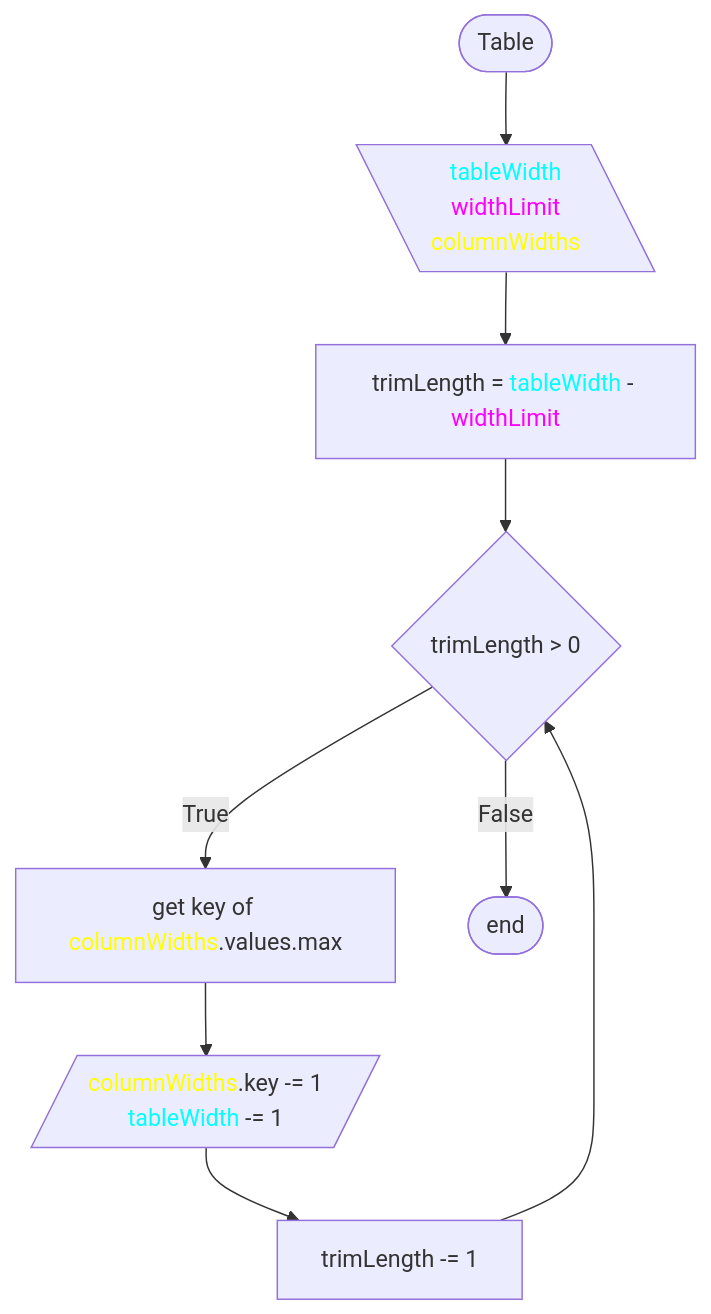
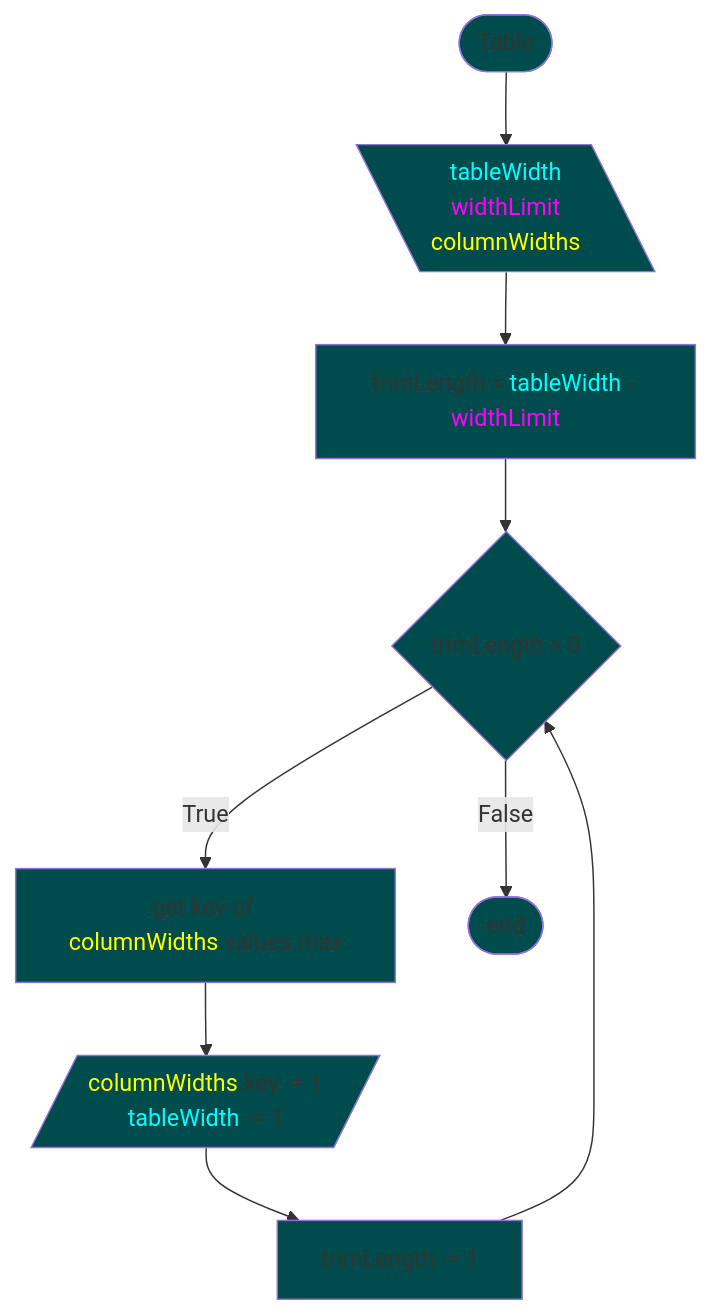
Diagram 15 of 20 in scripts/table/design.md (7s4e/p3), drawn with Mermaid before and after one commit. The commit also changed other lines of this file, not shown here.

````diff
--- a/scripts/table/design.md
+++ b/scripts/table/design.md
@@ -454,23 +456,24 @@
 ```mermaid
-flowchart TB
-    STR([Table])
+flowchart
+    classDef fill fill:#004c4c
+    STR([Table]):::fill
         STR --> INP
     INP[\"<span style='color:cyan;'>tableWidth</span>
           <span style='color:magenta;'>widthLimit</span>
-          <span style='color:yellow;'>columnWidths</span>"\]
+          <span style='color:yellow;'>columnWidths</span>"\]:::fill
         INP --> TRM
     TRM["trimLength = <span style='color:cyan;'>tableWidth</span> - <span 
-             style='color:magenta;'>widthLimit</span>"]
+             style='color:magenta;'>widthLimit</span>"]:::fill
         TRM --> WHL
-    WHL{trimLength > 0}
+    WHL{trimLength > 0}:::fill
         WHL -- True  --> WTH
         DEC          --> WHL
         WHL -- False --> END
-    WTH["get key of <span style='color:yellow;'>columnWidths</span>.values.max"]
+    WTH["get key of <span style='color:yellow;'>columnWidths</span>.values.max"]:::fill
         WTH --> SET
     SET[/"<span style='color:yellow;'>columnWidths</span>.key -= 1
-         <span style='color:cyan;'>tableWidth</span> -= 1"/]
+         <span style='color:cyan;'>tableWidth</span> -= 1"/]:::fill
         SET --> DEC
-    DEC[trimLength -= 1]
-    END([end])
+    DEC[trimLength -= 1]:::fill
+    END([end]):::fill
 ```
````
